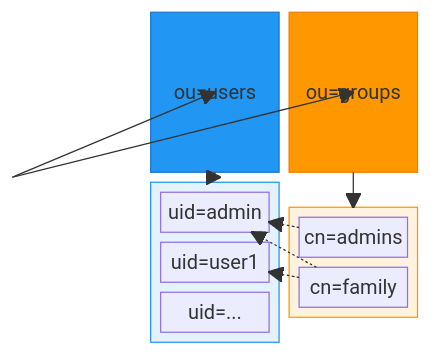
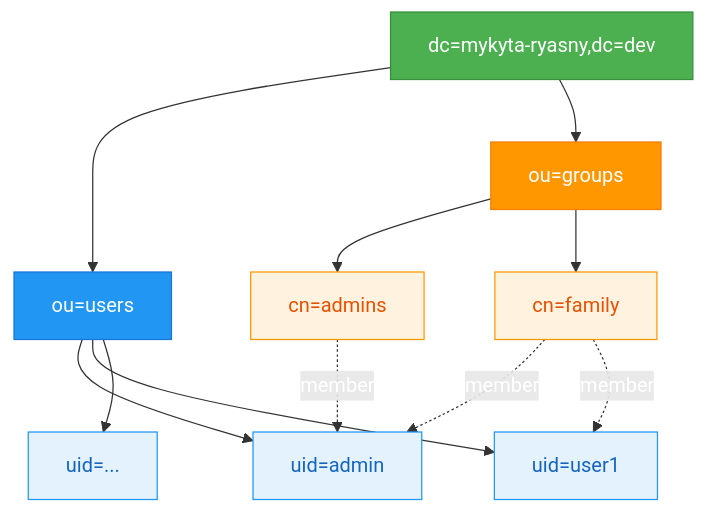
The second of 4 diagrams in docs-site/src/content/docs/guides/ldap.mdx (Mykyta-Home-Server/homeserver), drawn with Mermaid before and after one commit. The commit also changed other lines of this file and 2 other files, not shown here.

First line of the commit message:
Fix Mermaid diagrams: switch from block-beta to flowchart

````diff
--- a/docs-site/src/content/docs/guides/ldap.mdx
+++ b/docs-site/src/content/docs/guides/ldap.mdx
@@ -79,35 +74,30 @@
 ```mermaid
-block-beta
-    columns 3
+flowchart TB
+    Root[dc=mykyta-ryasny,dc=dev]
 
-    root["dc=mykyta-ryasny,dc=dev"]:3
+    Root --> Users[ou=users]
+    Root --> Groups[ou=groups]
 
-    space users["ou=users"] groups["ou=groups"]
+    Users --> Admin[uid=admin]
+    Users --> User1[uid=user1]
+    Users --> UserN[uid=...]
 
-    space:1
-    block:userlist:1
-        columns 1
-        u1["uid=admin"]
-        u2["uid=user1"]
-        u3["uid=..."]
-    end
-    block:grouplist:1
-        columns 1
-        g1["cn=admins"]
-        g2["cn=family"]
-    end
+    Groups --> Admins[cn=admins]
+    Groups --> Family[cn=family]
 
-    root --> users
-    root --> groups
-    users --> userlist
-    groups --> grouplist
-    g1 -.-> u1
-    g2 -.-> u1
-    g2 -.-> u2
+    Admins -.->|member| Admin
+    Family -.->|member| Admin
+    Family -.->|member| User1
 
-    style root fill:#4caf50,stroke:#388e3c
-    style users fill:#2196f3,stroke:#1976d2
-    style groups fill:#ff9800,stroke:#f57c00
-    style userlist fill:#e3f2fd,stroke:#2196f3
-    style grouplist fill:#fff3e0,stroke:#ff9800
+    classDef root fill:#4caf50,stroke:#388e3c,color:#fff
+    classDef users fill:#2196f3,stroke:#1976d2,color:#fff
+    classDef groups fill:#ff9800,stroke:#f57c00,color:#fff
+    classDef user fill:#e3f2fd,stroke:#2196f3,color:#1565c0
+    classDef group fill:#fff3e0,stroke:#ff9800,color:#e65100
+
+    class Root root
+    class Users users
+    class Groups groups
+    class Admin,User1,UserN user
+    class Admins,Family group
 ```
````
